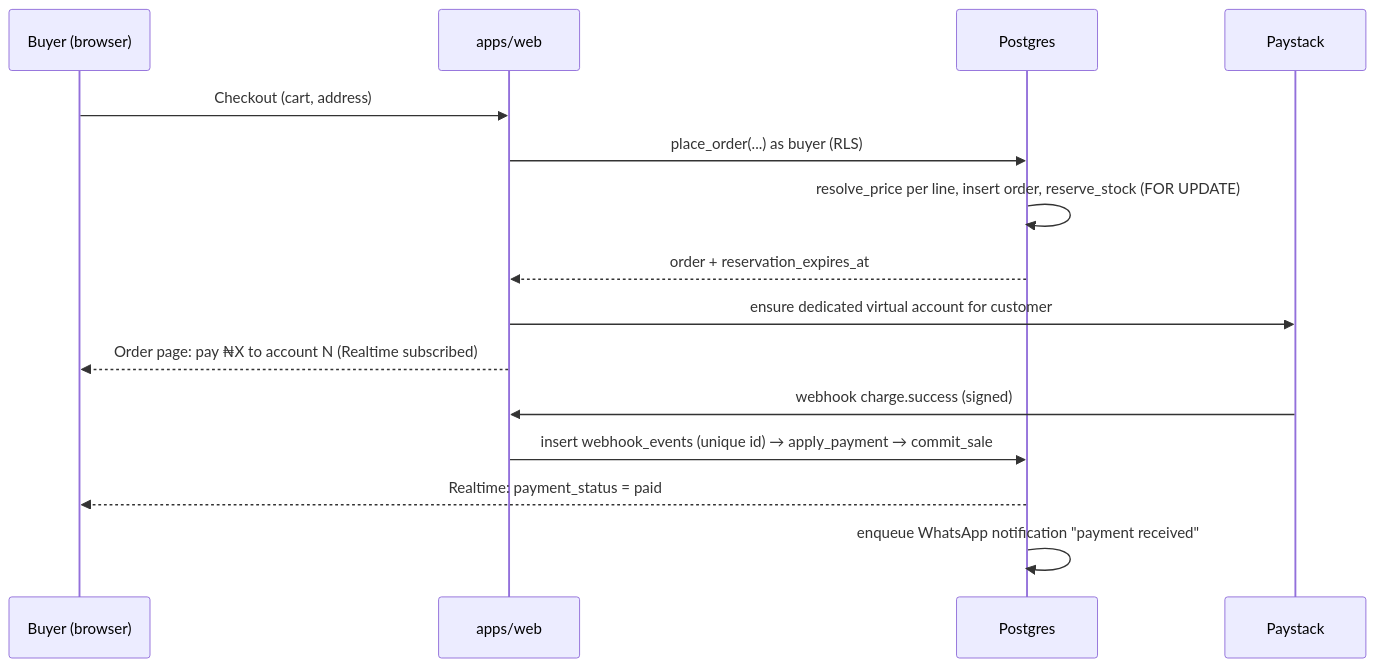
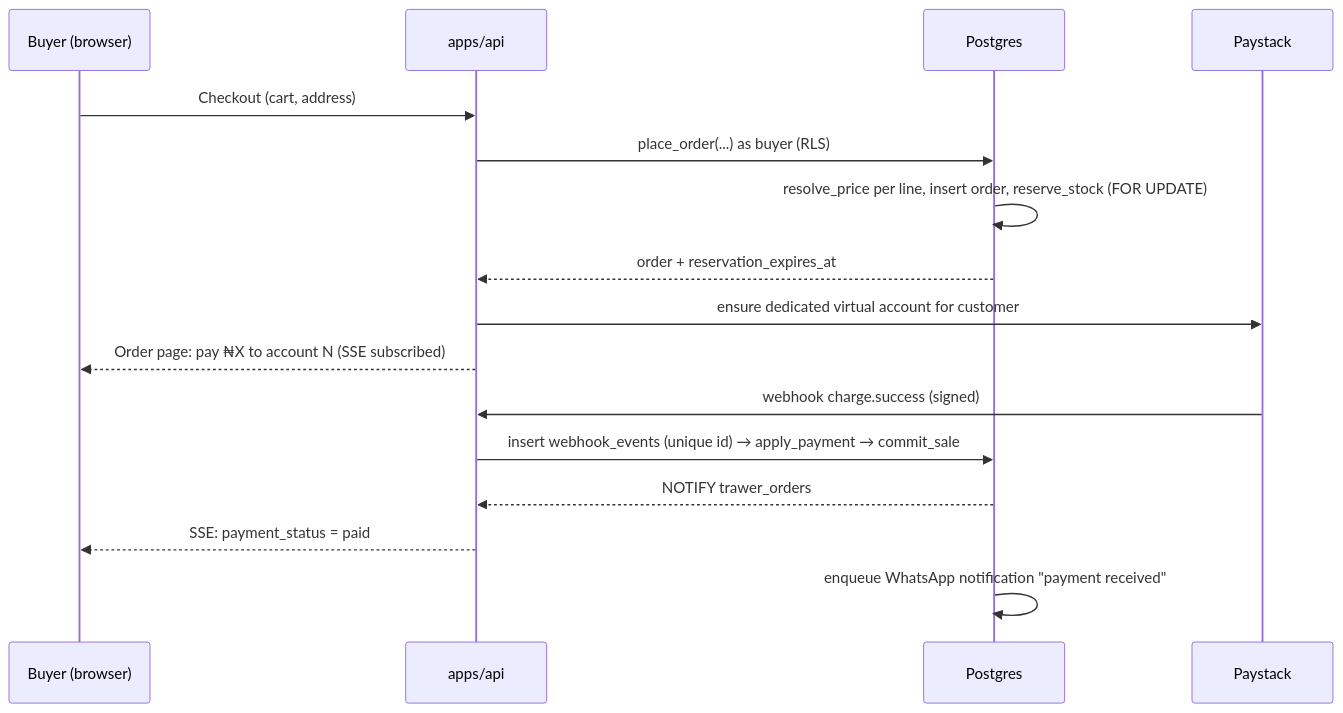
The second of 3 diagrams in ARCHITECTURE.md (Olubusolaoloye/trawer), drawn with Mermaid before and after one commit. The commit also changed other lines of this file and 81 other files, not shown here.

First line of the commit message:
Milestone 4: React storefront + dashboard, Hono API, checkout, Paystack DVA payments, live status

````diff
--- a/ARCHITECTURE.md
+++ b/ARCHITECTURE.md
@@ -125,17 +128,18 @@
 ```mermaid
 sequenceDiagram
   participant B as Buyer (browser)
-  participant W as apps/web
+  participant W as apps/api
   participant DB as Postgres
   participant P as Paystack
   B->>W: Checkout (cart, address)
   W->>DB: place_order(...) as buyer (RLS)
   DB->>DB: resolve_price per line, insert order, reserve_stock (FOR UPDATE)
   DB-->>W: order + reservation_expires_at
   W->>P: ensure dedicated virtual account for customer
-  W-->>B: Order page: pay ₦X to account N (Realtime subscribed)
+  W-->>B: Order page: pay ₦X to account N (SSE subscribed)
   P->>W: webhook charge.success (signed)
   W->>DB: insert webhook_events (unique id) → apply_payment → commit_sale
-  DB-->>B: Realtime: payment_status = paid
+  DB-->>W: NOTIFY trawer_orders
+  W-->>B: SSE: payment_status = paid
   DB->>DB: enqueue WhatsApp notification "payment received"
 ```
````
